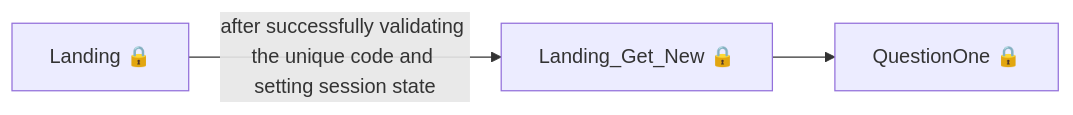
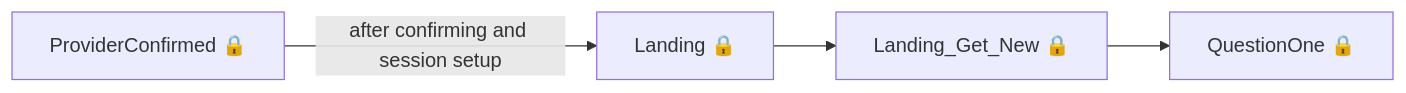
One commit to talentconsulting/atlas-dfe changed the second of 2 diagrams in das-provide-feedback-employer/user-journeys/user-journeys.md. Above: the diagram before and after it, drawn with Mermaid. The commit also changed other lines of this file and 36 other files, not shown here.

````diff
--- a/das-provide-feedback-employer/user-journeys/user-journeys.md
+++ b/das-provide-feedback-employer/user-journeys/user-journeys.md
@@ -9,5 +23,6 @@
 ```mermaid
 flowchart LR
-  p0["Landing 🔒"] -->|"after successfully validating the unique code and setting session state"| p1["Landing_Get_New 🔒"]
-  p1["Landing_Get_New 🔒"] --> p2["QuestionOne 🔒"]
+  p0["ProviderConfirmed 🔒"] -->|"after confirming and session setup"| p1["Landing 🔒"]
+  p1["Landing 🔒"] --> p2["Landing_Get_New 🔒"]
+  p2["Landing_Get_New 🔒"] --> p3["QuestionOne 🔒"]
 ```
````
